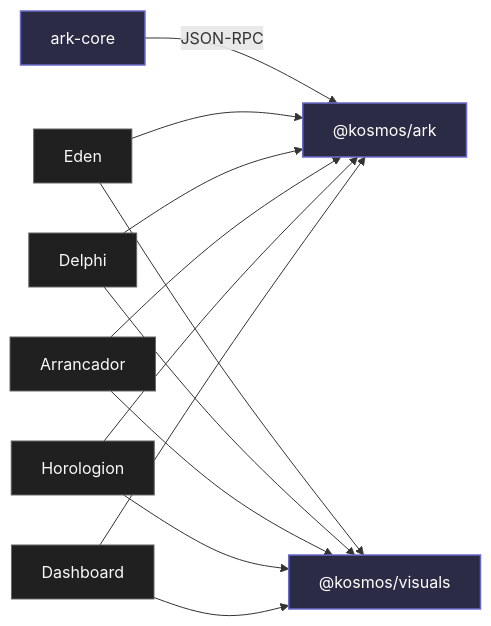
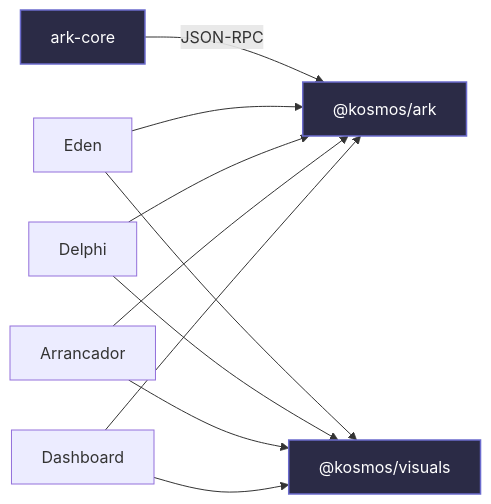
Before and after one commit to makekosmos/cortex: the diagram in docs-site/packages/index.md, drawn with Mermaid. The commit also changed 133 other files, not shown here.

````diff
--- a/docs-site/packages/index.md
+++ b/docs-site/packages/index.md
@@ -21,32 +21,28 @@
 ```mermaid
 flowchart LR
   arkcore["ark-core"]
   kosmosark["@kosmos/ark"]
   visuals["@kosmos/visuals"]
 
   eden["Eden"]
   delphi["Delphi"]
   arrancador["Arrancador"]
-  horologion["Horologion"]
   dashboard["Dashboard"]
 
   arkcore -- "JSON-RPC" --> kosmosark
 
   eden --> kosmosark
   delphi --> kosmosark
   arrancador --> kosmosark
-  horologion --> kosmosark
   dashboard --> kosmosark
 
   eden --> visuals
   delphi --> visuals
   arrancador --> visuals
-  horologion --> visuals
   dashboard --> visuals
 
   classDef pkg fill:#2b2b46,stroke:#6b6bcd,color:#fff,stroke-width:1.5px
   classDef app fill:#202020,stroke:#666,color:#fafafa
 
   class arkcore,kosmosark,visuals pkg
-  class eden,delphi,arrancador,horologion,dashboard app
 ```
````
